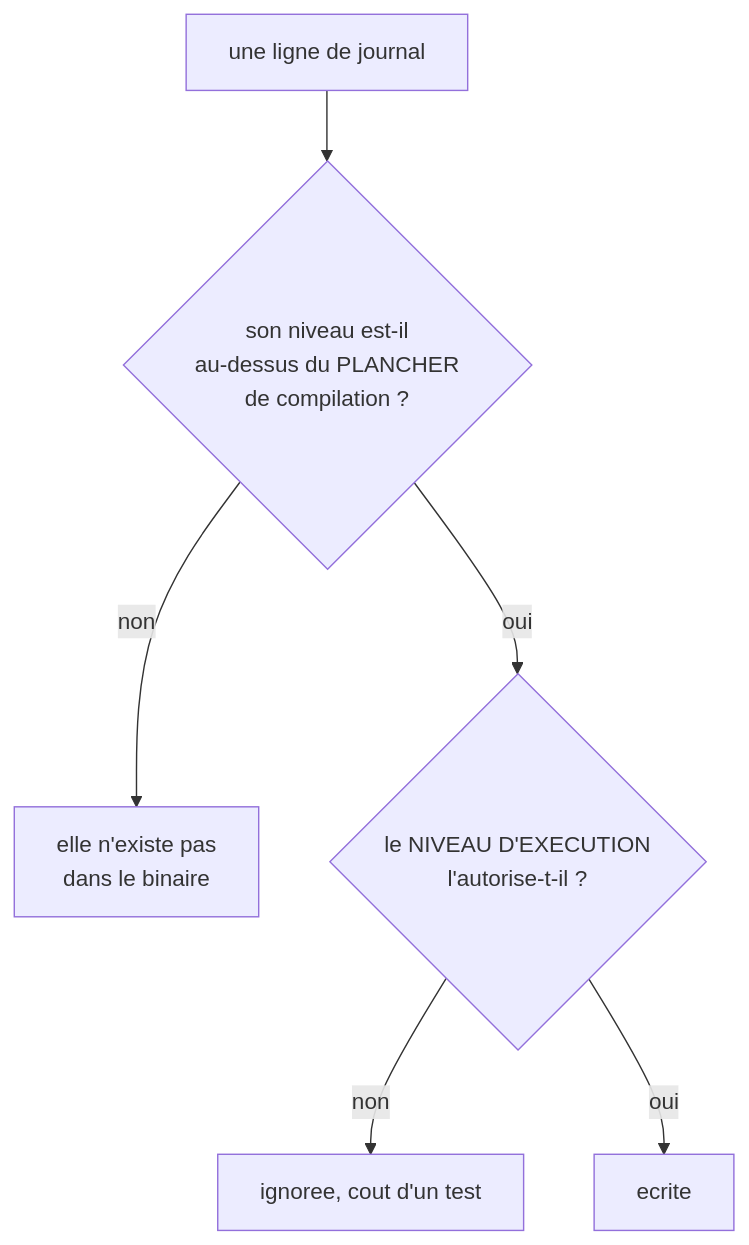
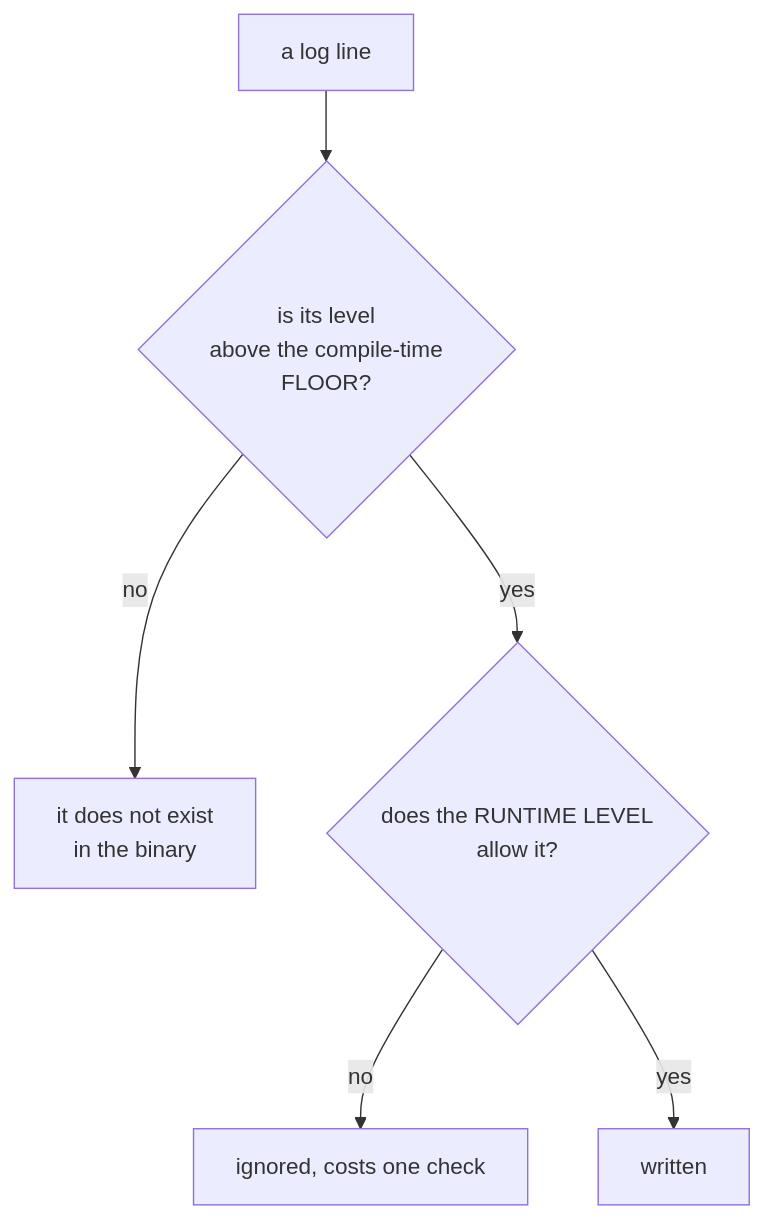
Before and after one commit to MasterLaplace/LplCraftSkills: the diagram in skills/journal-et-debogueur/SKILL.md, drawn with Mermaid. The commit also changed 16 other files, not shown here.

First line of the commit message:
docs: Mermaid diagram text moves to English, the prose stays French

````diff
--- a/skills/journal-et-debogueur/SKILL.md
+++ b/skills/journal-et-debogueur/SKILL.md
@@ -310,8 +310,8 @@
 ```mermaid
 flowchart TD
-  L["une ligne de journal"] --> F{"son niveau est-il<br/>au-dessus du PLANCHER<br/>de compilation ?"}
-  F -->|non| X["elle n'existe pas<br/>dans le binaire"]
-  F -->|oui| R{"le NIVEAU D'EXECUTION<br/>l'autorise-t-il ?"}
-  R -->|non| Y["ignoree, cout d'un test"]
-  R -->|oui| Z["ecrite"]
+  L["a log line"] --> F{"is its level<br/>above the compile-time<br/>FLOOR?"}
+  F -->|no| X["it does not exist<br/>in the binary"]
+  F -->|yes| R{"does the RUNTIME LEVEL<br/>allow it?"}
+  R -->|no| Y["ignored, costs one check"]
+  R -->|yes| Z["written"]
 ```
````
